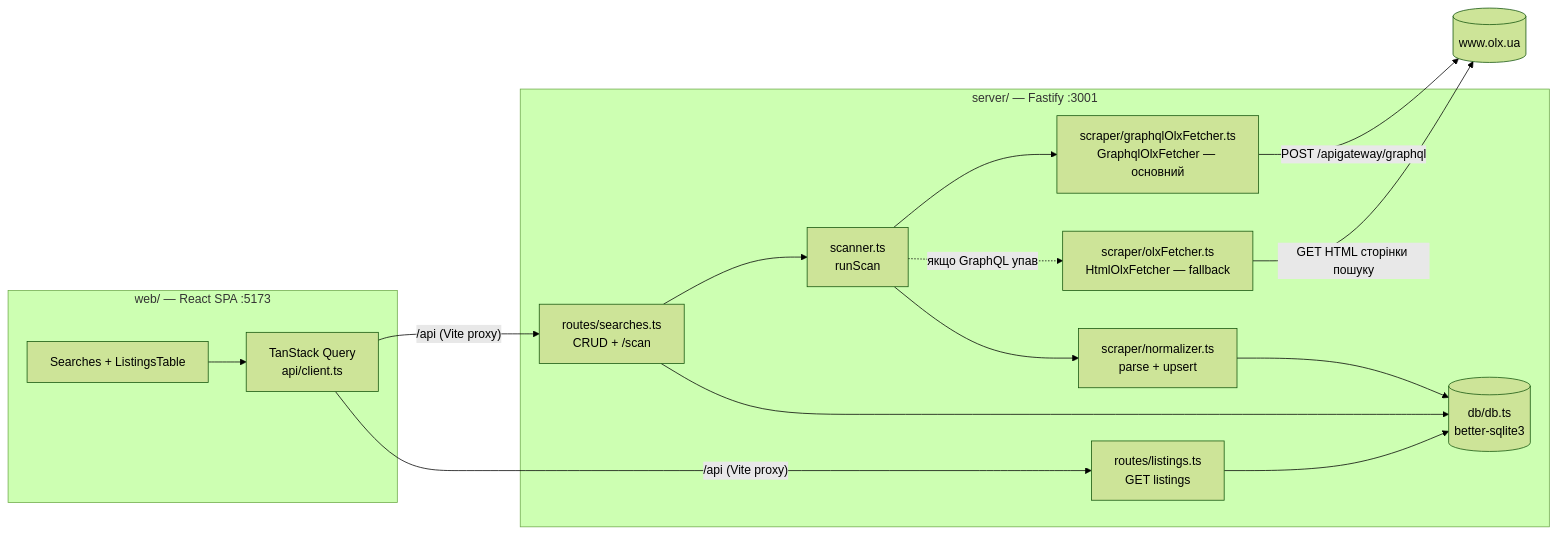
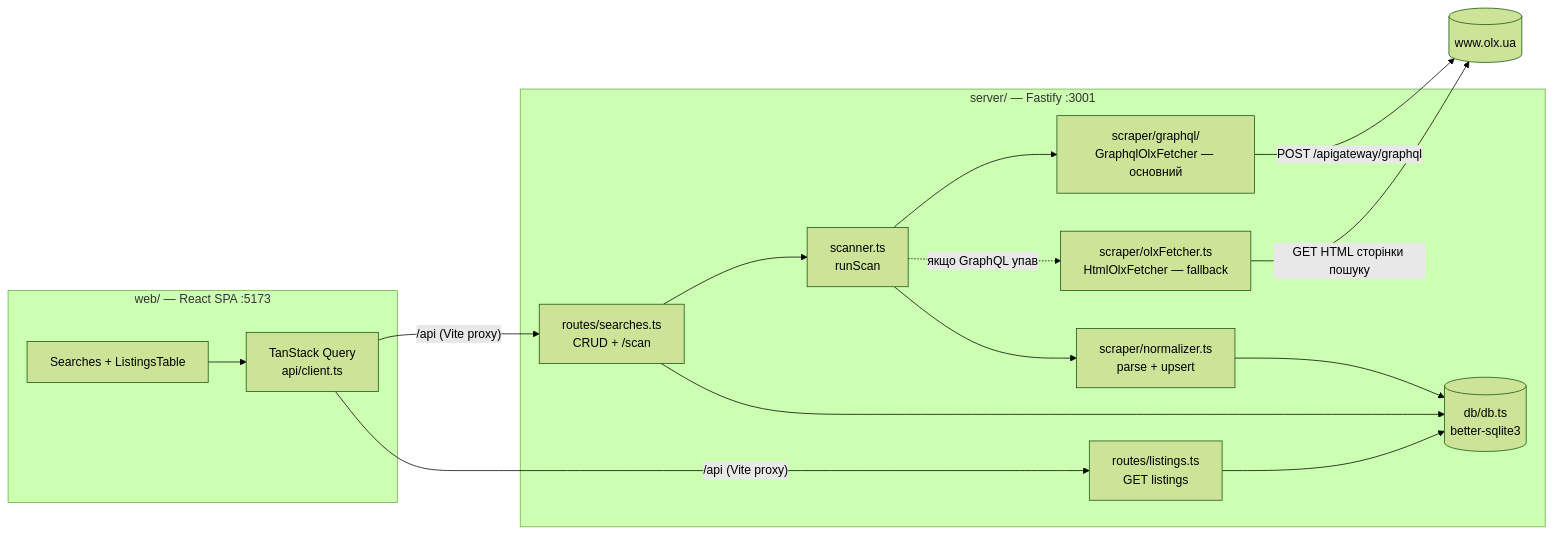
Before and after one commit to RenJeka/olx-dashboard: the diagram in docs/architecture.md, drawn with Mermaid (forest theme). The commit also changed other lines of this file and 9 other files, not shown here.

First line of the commit message:
refactor: Modularize OLX scraper, centralize shared logic and constants

````diff
--- a/docs/architecture.md
+++ b/docs/architecture.md
@@ -30,30 +30,30 @@
 ```mermaid
 flowchart LR
     subgraph web [web/ — React SPA :5173]
         UI[Searches + ListingsTable]
         QC[TanStack Query<br/>api/client.ts]
         UI --> QC
     end
 
     subgraph server [server/ — Fastify :3001]
         R1[routes/searches.ts<br/>CRUD + /scan]
         R2[routes/listings.ts<br/>GET listings]
         SC[scanner.ts<br/>runScan]
-        GQ[scraper/graphqlOlxFetcher.ts<br/>GraphqlOlxFetcher — основний]
+        GQ[scraper/graphql/<br/>GraphqlOlxFetcher — основний]
         FE[scraper/olxFetcher.ts<br/>HtmlOlxFetcher — fallback]
         NR[scraper/normalizer.ts<br/>parse + upsert]
         DB[(db/db.ts<br/>better-sqlite3)]
         R1 --> SC
         SC --> GQ
         SC -. "якщо GraphQL упав" .-> FE
         SC --> NR
         NR --> DB
         R1 --> DB
         R2 --> DB
     end
 
     QC -- "/api (Vite proxy)" --> R1
     QC -- "/api (Vite proxy)" --> R2
     GQ -- "POST /apigateway/graphql" --> OLX[(www.olx.ua)]
     FE -- "GET HTML сторінки пошуку" --> OLX
 ```
````
